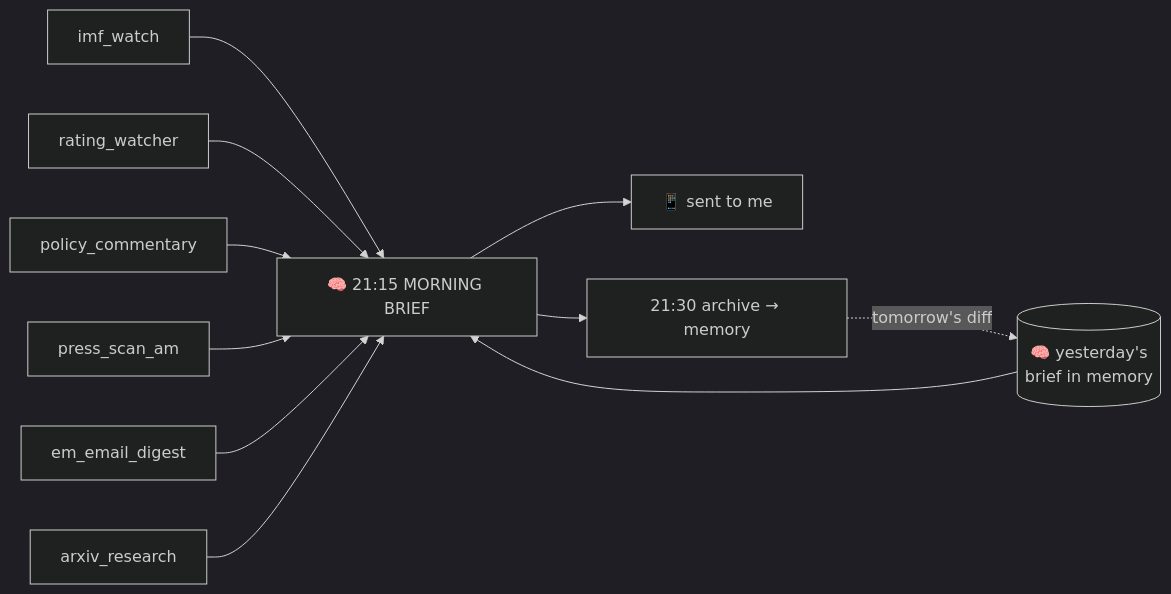
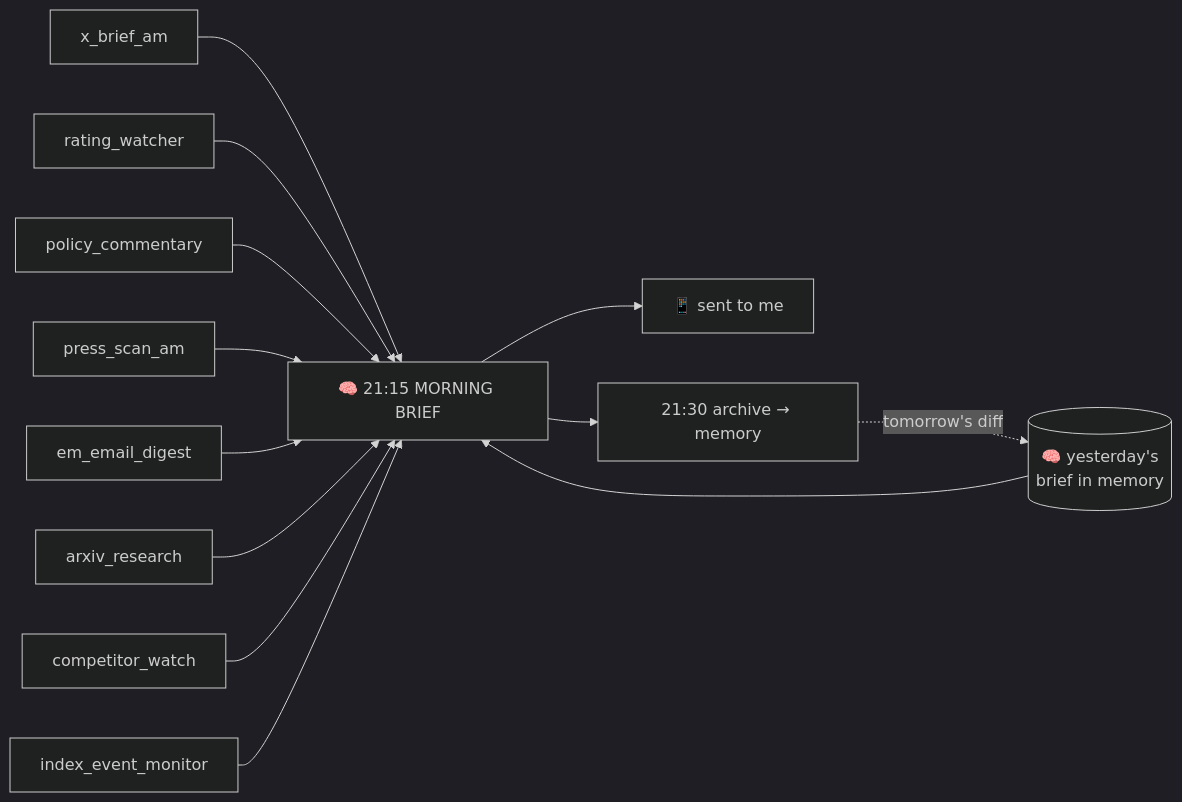
One commit to nickmuchi87/hermes-agents-showcase changed the first of 4 diagrams in docs/06-the-schedule.md. Above: the diagram before and after it, drawn with Mermaid (dark theme). The commit also changed other lines of this file and 13 other files, not shown here.

````diff
--- a/docs/06-the-schedule.md
+++ b/docs/06-the-schedule.md
@@ -48,8 +50,8 @@
 ```mermaid
 flowchart LR
-    w1[imf_watch] & w2[rating_watcher] & w3[policy_commentary] & w4[press_scan_am] & w5[em_email_digest] & w6[arxiv_research] --> brief[🧠 21:15 MORNING BRIEF]
+    w1[x_brief_am] & w2[rating_watcher] & w3[policy_commentary] & w4[press_scan_am] & w5[em_email_digest] & w6[arxiv_research] & w7[competitor_watch] & w8[index_event_monitor] --> brief[🧠 21:15 MORNING BRIEF]
     mem[(🧠 yesterday's<br/>brief in memory)] --> brief
     brief --> phone[📱 sent to me]
     brief --> arch[21:30 archive → memory]
     arch -.tomorrow's diff.-> mem
 ```
````
